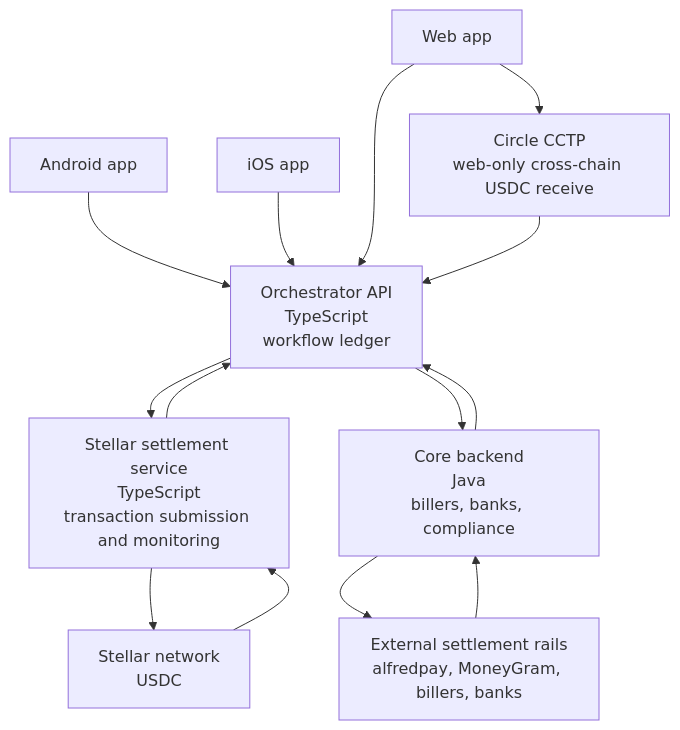
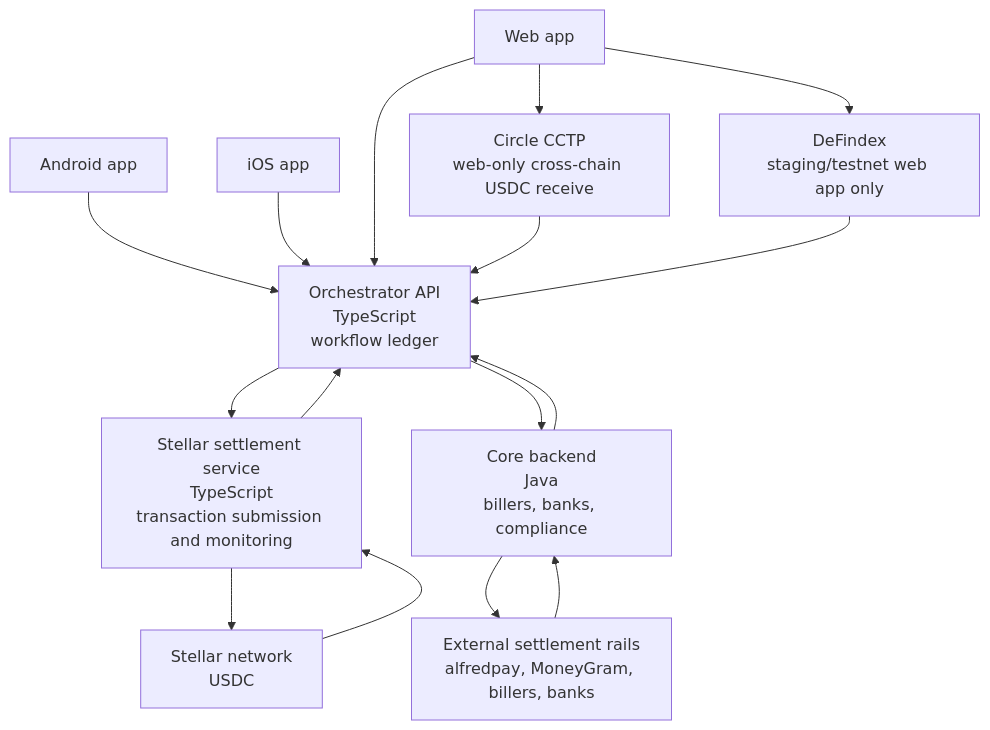
The diagram in diagrams/system-architecture.mmd (unfodl/saldo_architecture), drawn with Mermaid before and after one commit. The commit also changed 6 other files, not shown here.

Commit message:
Add DeFindex staging roadmap

```diff
--- a/diagrams/system-architecture.mmd
+++ b/diagrams/system-architecture.mmd
@@ -1,25 +1,28 @@
 flowchart TD
     android[Android app]
     ios[iOS app]
     web[Web app]
 
     orchestrator[Orchestrator API<br/>TypeScript<br/>workflow ledger]
     stellar[Stellar settlement service<br/>TypeScript<br/>transaction submission and monitoring]
     core[Core backend<br/>Java<br/>billers, banks, compliance]
     rails[External settlement rails<br/>alfredpay, MoneyGram, billers, banks]
     cctp[Circle CCTP<br/>web-only cross-chain USDC receive]
+    defindex[DeFindex<br/>staging/testnet web app only]
     network[Stellar network<br/>USDC]
 
     android --> orchestrator
     ios --> orchestrator
     web --> orchestrator
     web --> cctp
     cctp --> orchestrator
+    web --> defindex
+    defindex --> orchestrator
     orchestrator --> stellar
     orchestrator --> core
     stellar --> network
     network --> stellar
     core --> rails
     rails --> core
     stellar --> orchestrator
     core --> orchestrator
```
